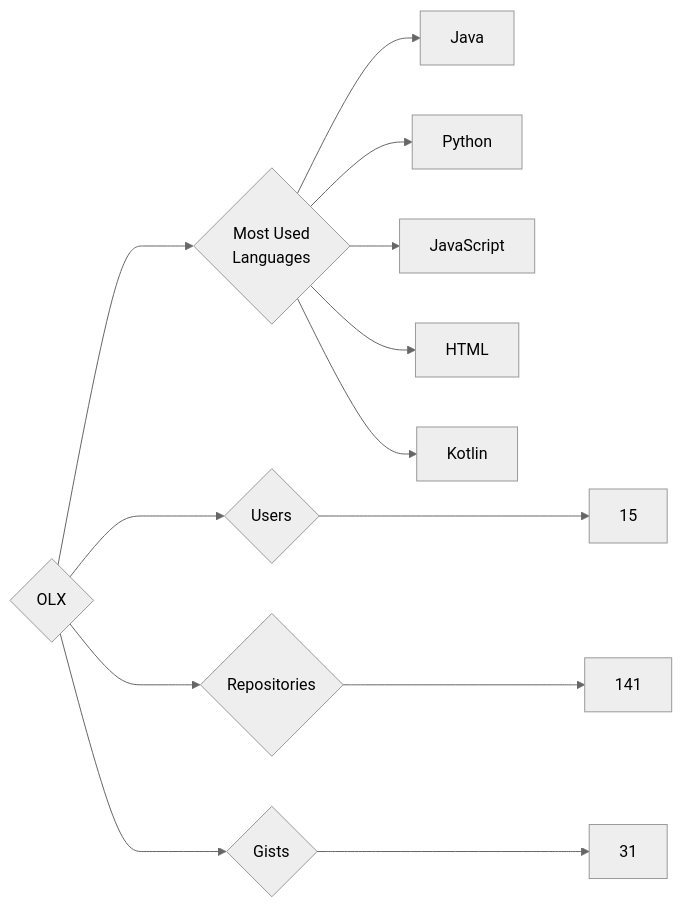
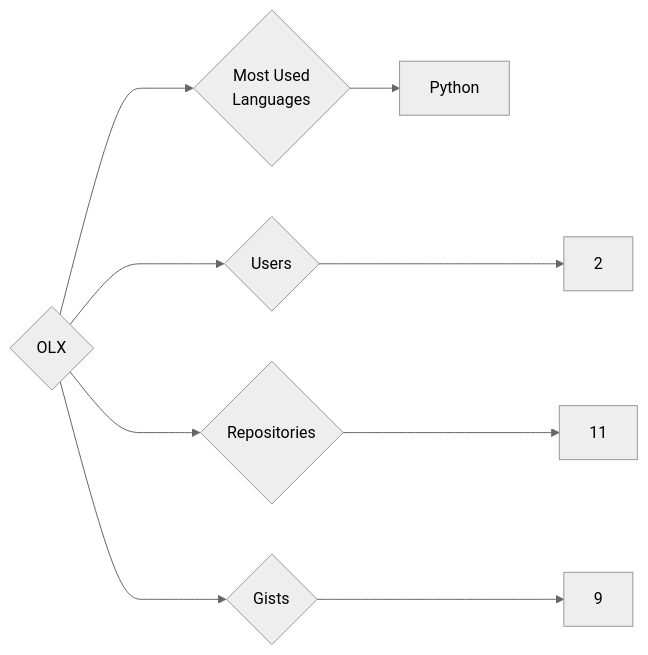
One commit to trickest/insiders changed the diagram in targets/OLX/README.md. Above: the diagram before and after it, drawn with Mermaid (neutral theme). The commit also changed 870 other files, not shown here.

````diff
--- a/targets/OLX/README.md
+++ b/targets/OLX/README.md
@@ -3,13 +3,9 @@
 ```mermaid
 graph LR
 COMPANY_NAME{OLX}
-COMPANY_NAME ---> U{Users} ---> UN[15]
-COMPANY_NAME ---> R{Repositories} ---> RN[141]
-COMPANY_NAME ---> G{Gists} ---> GN[31]
+COMPANY_NAME ---> U{Users} ---> UN[2]
+COMPANY_NAME ---> R{Repositories} ---> RN[11]
+COMPANY_NAME ---> G{Gists} ---> GN[9]
 COMPANY_NAME ---> ML{Most Used<br>Languages}
-ML --> Java[Java]
 ML --> Python[Python]
-ML --> JavaScript[JavaScript]
-ML --> HTML[HTML]
-ML --> Kotlin[Kotlin]
 ```
````
